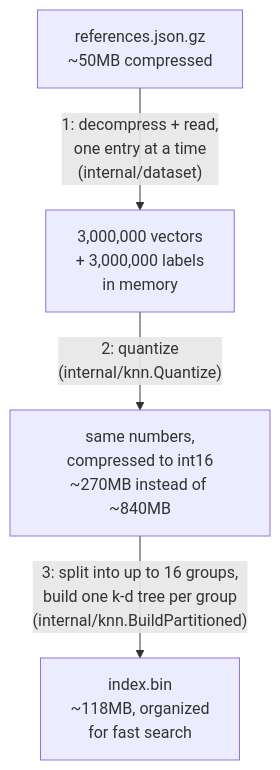
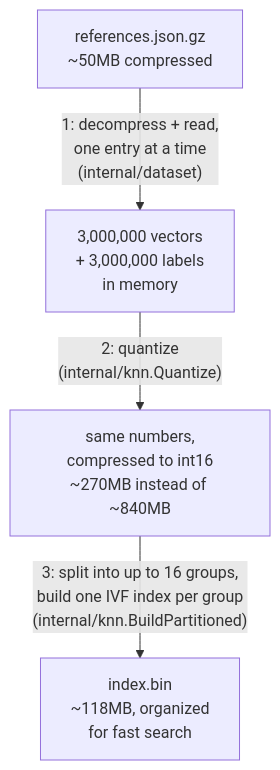
One commit to KauanCarvalho/rinha-de-backend-2026-fraud-detector changed the second of 6 diagrams in .github/docs/APPLICATION_FLOW.md. Above: the diagram before and after it, drawn with Mermaid. The commit also changed other lines of this file and 26 other files, not shown here.

Commit message:
feat(knn): replace k-d tree with IVF + categorical partitioning, rename   KNN_MAX_EXTRA_LEAVES to KNN_NPROBE

````diff
--- a/.github/docs/APPLICATION_FLOW.md
+++ b/.github/docs/APPLICATION_FLOW.md
@@ -69,6 +69,6 @@
 ```mermaid
 flowchart TD
     A[references.json.gz<br/>~50MB compressed] -->|"1: decompress + read,<br/>one entry at a time<br/>(internal/dataset)"| B["3,000,000 vectors<br/>+ 3,000,000 labels<br/>in memory"]
     B -->|"2: quantize<br/>(internal/knn.Quantize)"| C["same numbers,<br/>compressed to int16<br/>~270MB instead of ~840MB"]
-    C -->|"3: split into up to 16 groups,<br/>build one k-d tree per group<br/>(internal/knn.BuildPartitioned)"| D["index.bin<br/>~118MB, organized<br/>for fast search"]
+    C -->|"3: split into up to 16 groups,<br/>build one IVF index per group<br/>(internal/knn.BuildPartitioned)"| D["index.bin<br/>~118MB, organized<br/>for fast search"]
 ```
````
